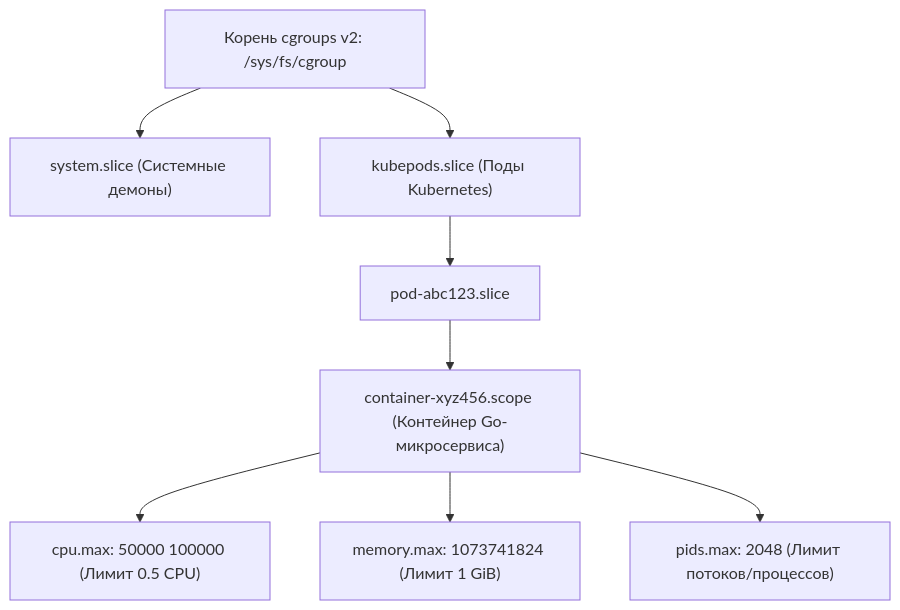
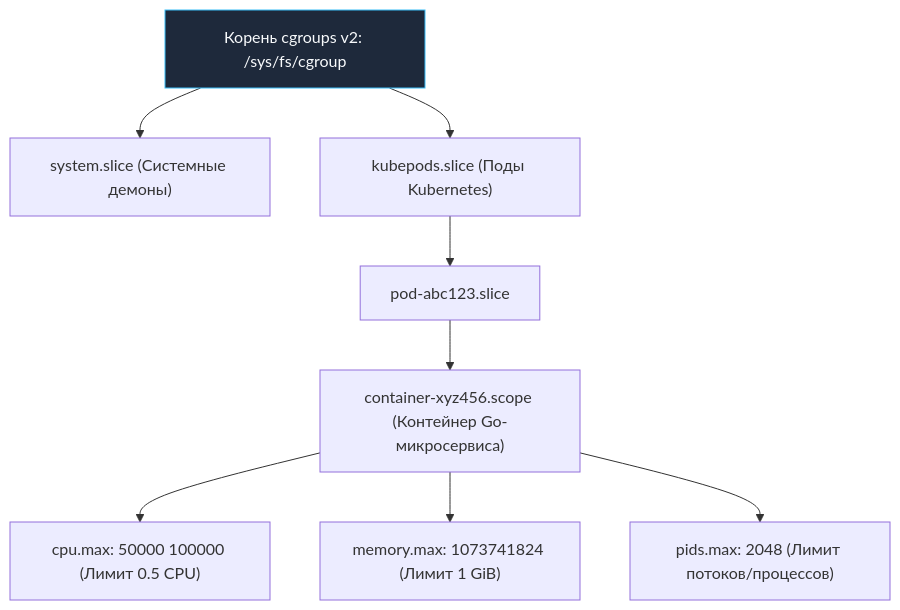
One commit to UnrealTemplier/go-textbook changed the second of 2 diagrams in sources/2. Устройство и работа ОС/52. Ограничения ОС. ulimit, cgroups, quotas.md. Above: the diagram before and after it, drawn with Mermaid. The commit also changed other lines of this file and 1666 other files, not shown here.

First line of the commit message:
feat(mermaid): add semantic color classDef to 1369 colorless flowchart/graph diagrams

````diff
--- a/sources/2. Устройство и работа ОС/52. Ограничения ОС. ulimit, cgroups, quotas.md
+++ b/sources/2. Устройство и работа ОС/52. Ограничения ОС. ulimit, cgroups, quotas.md
@@ -109,10 +119,20 @@
 ```mermaid
 flowchart TD
-    A["Корень cgroups v2: /sys/fs/cgroup"] --> B["system.slice (Системные демоны)"]
+    classDef process  fill:#1e293b,stroke:#38bdf8,stroke-width:1px,color:#f8fafc
+    classDef success  fill:#064e3b,stroke:#34d399,stroke-width:1px,color:#f8fafc
+    classDef error    fill:#7f1d1d,stroke:#f87171,stroke-width:1px,color:#f8fafc
+    classDef warning  fill:#78350f,stroke:#fbbf24,stroke-width:1px,color:#f8fafc
+    classDef entry    fill:#1e3a5f,stroke:#38bdf8,stroke-width:2px,color:#f8fafc
+    classDef aux      fill:#334155,stroke:#64748b,stroke-width:1px,color:#f8fafc
+    classDef system   fill:#312e81,stroke:#a78bfa,stroke-width:1px,color:#f8fafc
+    classDef data     fill:#132d29,stroke:#2dd4bf,stroke-width:1px,color:#f8fafc
+    classDef network  fill:#881337,stroke:#fb7185,stroke-width:1px,color:#f8fafc
+    classDef accent   fill:#1e1b4b,stroke:#818cf8,stroke-width:1px,color:#f8fafc
+    A["Корень cgroups v2: /sys/fs/cgroup"]:::process --> B["system.slice (Системные демоны)"]
     A --> C["kubepods.slice (Поды Kubernetes)"]
     C --> D["pod-abc123.slice"]
     D --> E["container-xyz456.scope (Контейнер Go-микросервиса)"]
     E --> F["cpu.max: 50000 100000 (Лимит 0.5 CPU)"]
     E --> G["memory.max: 1073741824 (Лимит 1 GiB)"]
     E --> H["pids.max: 2048 (Лимит потоков/процессов)"]
 ```
````
